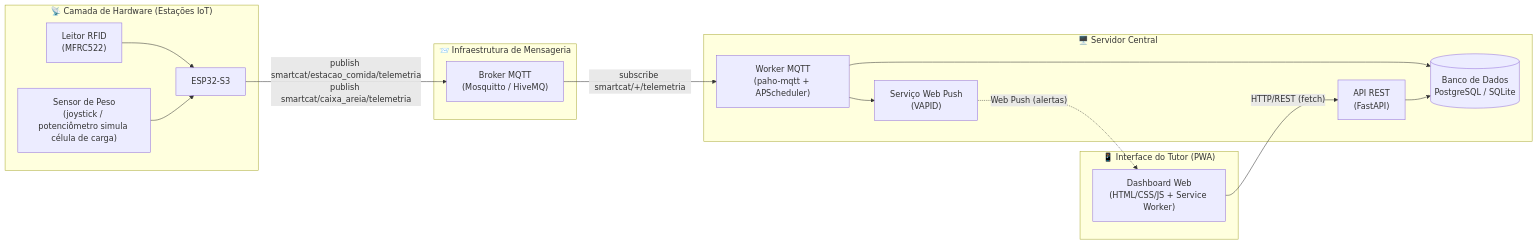
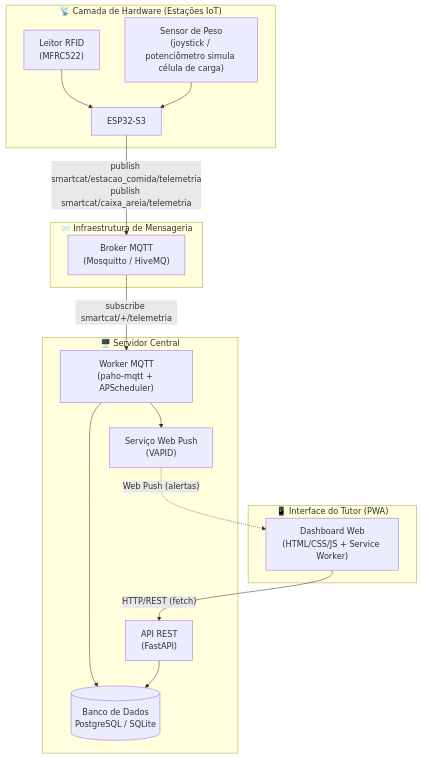
One commit to Carlos-Santos-CV/SmartCat_IoT changed the first of 4 diagrams in README.md. Above: the diagram before and after it, drawn with Mermaid.

Commit message:
docs: atualizar diagrama de arquitetura no README
Altera a orientação do diagrama Mermaid de LR (esquerda para direita) para TD (cima para baixo) para melhorar a legibilidade e adiciona comentários para organizar as conexões verticais no fluxo do sistema.

````diff
--- a/README.md
+++ b/README.md
@@ -53,33 +53,34 @@
 ```mermaid
-flowchart LR
+flowchart TD
     subgraph HW["📡 Camada de Hardware (Estações IoT)"]
         RFID["Leitor RFID<br/>(MFRC522)"]
         SENS["Sensor de Peso<br/>(joystick / potenciômetro simula célula de carga)"]
         ESP["ESP32-S3"]
         RFID --> ESP
         SENS --> ESP
     end
 
     subgraph MSG["📨 Infraestrutura de Mensageria"]
         BROKER["Broker MQTT<br/>(Mosquitto / HiveMQ)"]
     end
 
     subgraph SRV["🖥️ Servidor Central"]
         WORKER["Worker MQTT<br/>(paho-mqtt + APScheduler)"]
         API["API REST<br/>(FastAPI)"]
         DB[("Banco de Dados<br/>PostgreSQL / SQLite")]
         PUSH["Serviço Web Push<br/>(VAPID)"]
         WORKER --> DB
         API --> DB
         WORKER --> PUSH
     end
 
     subgraph PWA["📱 Interface do Tutor (PWA)"]
         UI["Dashboard Web<br/>(HTML/CSS/JS + Service Worker)"]
     end
 
+    %% Conexões verticais
     ESP -- "publish smartcat/estacao_comida/telemetria<br/>publish smartcat/caixa_areia/telemetria" --> BROKER
     BROKER -- "subscribe smartcat/+/telemetria" --> WORKER
     UI -- "HTTP/REST (fetch)" --> API
     PUSH -. "Web Push (alertas)" .-> UI
 ```
````
